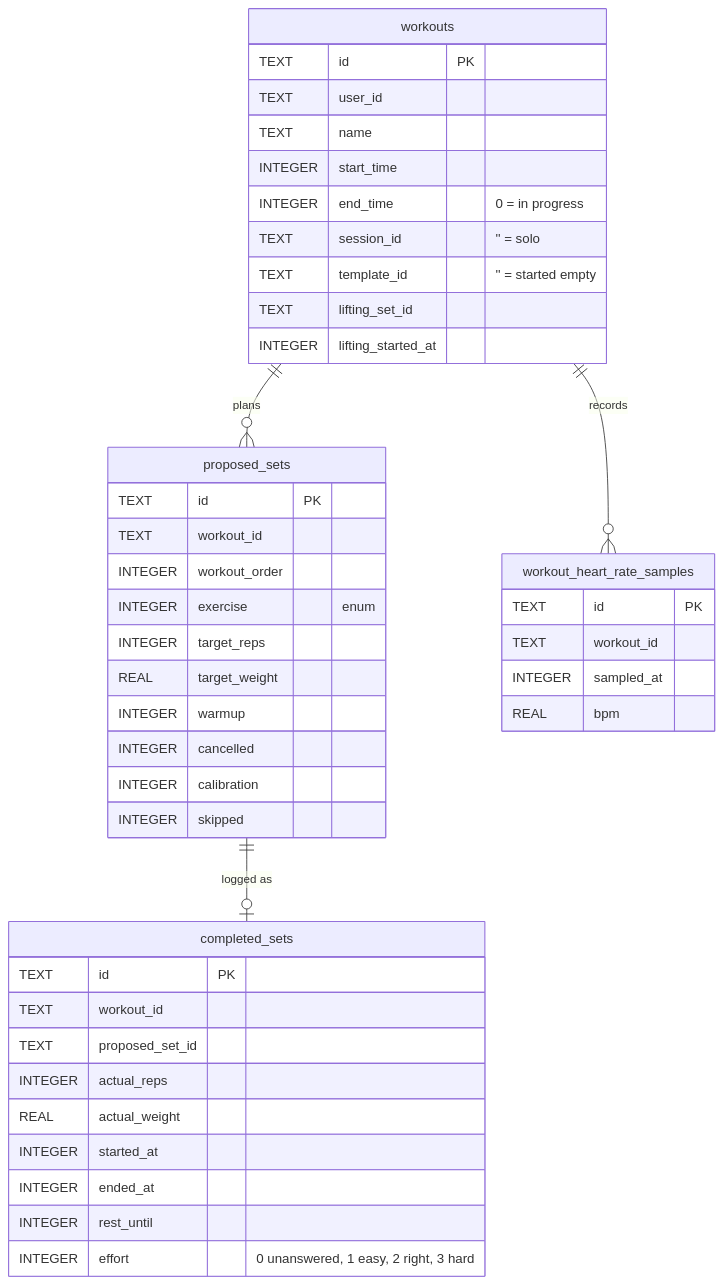
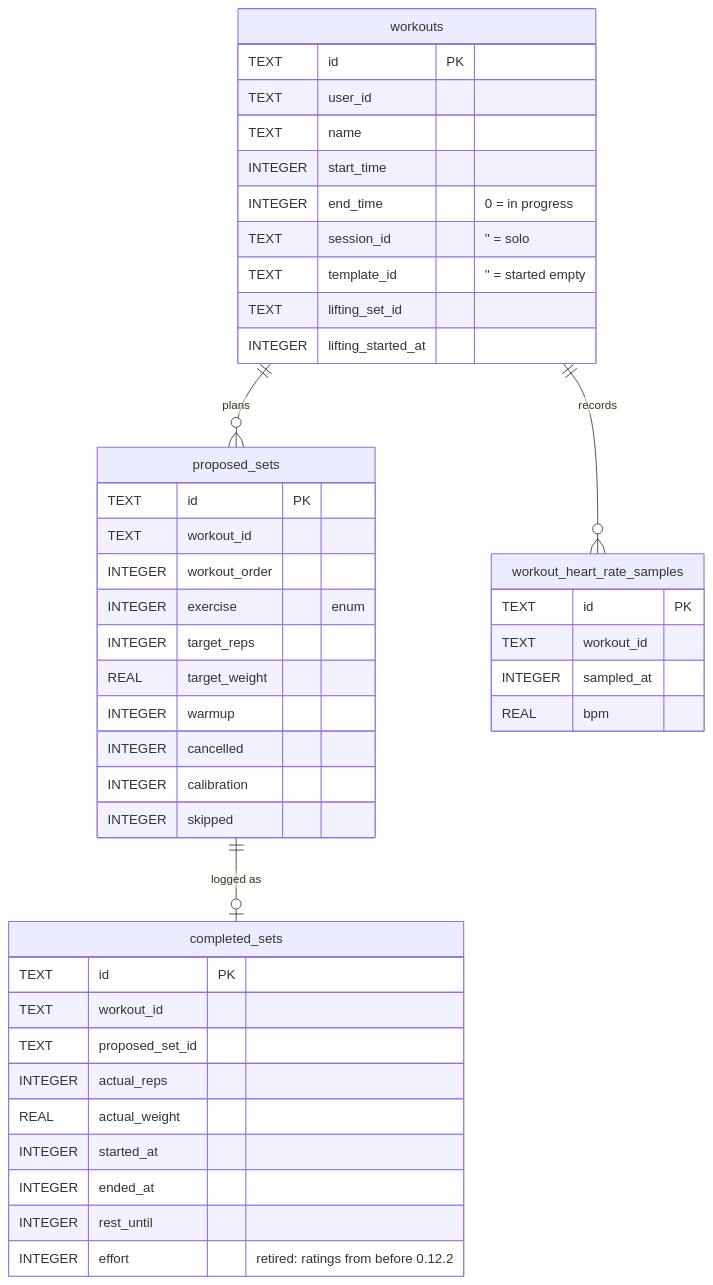
The second of 3 diagrams in docs/architecture/data-model.md (brensch/lift), drawn with Mermaid before and after one commit. The commit also changed 53 other files, not shown here.

````diff
--- a/docs/architecture/data-model.md
+++ b/docs/architecture/data-model.md
@@ -49,47 +49,47 @@
 ```mermaid
 erDiagram
     workouts ||--o{ proposed_sets : "plans"
     proposed_sets ||--o| completed_sets : "logged as"
     workouts ||--o{ workout_heart_rate_samples : "records"
 
     workouts {
         TEXT id PK
         TEXT user_id
         TEXT name
         INTEGER start_time
         INTEGER end_time "0 = in progress"
         TEXT session_id "'' = solo"
         TEXT template_id "'' = started empty"
         TEXT lifting_set_id
         INTEGER lifting_started_at
     }
     proposed_sets {
         TEXT id PK
         TEXT workout_id
         INTEGER workout_order
         INTEGER exercise "enum"
         INTEGER target_reps
         REAL target_weight
         INTEGER warmup
         INTEGER cancelled
         INTEGER calibration
         INTEGER skipped
     }
     completed_sets {
         TEXT id PK
         TEXT workout_id
         TEXT proposed_set_id
         INTEGER actual_reps
         REAL actual_weight
         INTEGER started_at
         INTEGER ended_at
         INTEGER rest_until
-        INTEGER effort "0 unanswered, 1 easy, 2 right, 3 hard"
+        INTEGER effort "retired: ratings from before 0.12.2"
     }
     workout_heart_rate_samples {
         TEXT id PK
         TEXT workout_id
         INTEGER sampled_at
         REAL bpm
     }
 ```
````
